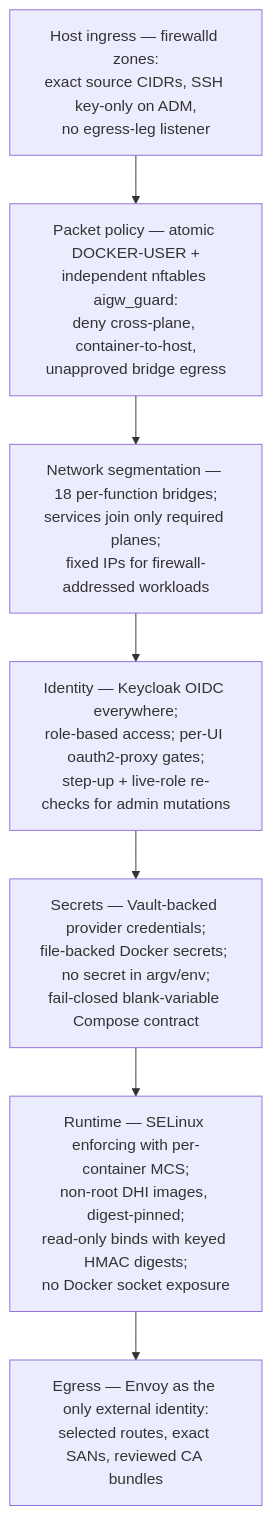
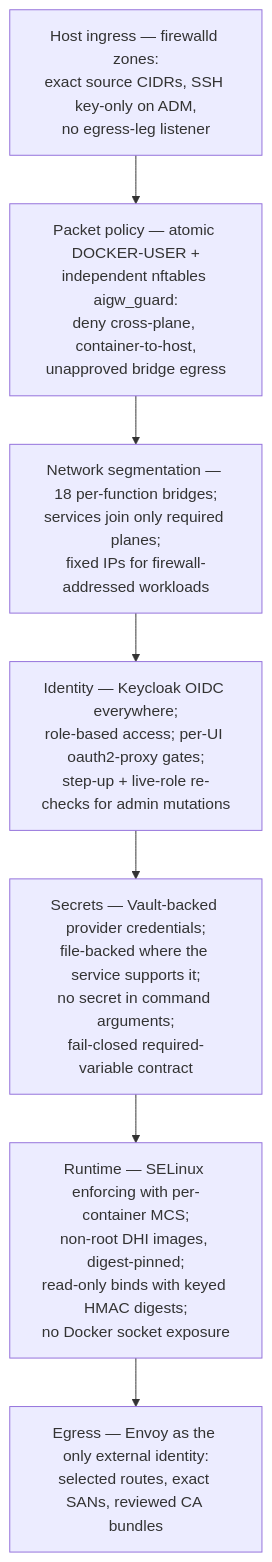
One commit to derhornspieler/ai-gateway changed the eighth of 14 diagrams in docs/architecture-diagrams.md. Above: the diagram before and after it, drawn with Mermaid. The commit also changed other lines of this file and 33 other files, not shown here.

````diff
--- a/docs/architecture-diagrams.md
+++ b/docs/architecture-diagrams.md
@@ -241,11 +266,11 @@
 ```mermaid
 flowchart TB
   L1[Host ingress — firewalld zones:<br/>exact source CIDRs, SSH key-only on ADM,<br/>no egress-leg listener]
   L2[Packet policy — atomic DOCKER-USER +<br/>independent nftables aigw_guard:<br/>deny cross-plane, container-to-host,<br/>unapproved bridge egress]
   L3[Network segmentation — 18 per-function bridges;<br/>services join only required planes;<br/>fixed IPs for firewall-addressed workloads]
   L4[Identity — Keycloak OIDC everywhere;<br/>role-based access; per-UI oauth2-proxy gates;<br/>step-up + live-role re-checks for admin mutations]
-  L5["Secrets — Vault-backed provider credentials;<br/>file-backed Docker secrets; no secret in argv/env;<br/>fail-closed blank-variable Compose contract"]
+  L5["Secrets — Vault-backed provider credentials;<br/>file-backed where the service supports it;<br/>no secret in command arguments;<br/>fail-closed required-variable contract"]
   L6[Runtime — SELinux enforcing with per-container MCS;<br/>non-root DHI images, digest-pinned;<br/>read-only binds with keyed HMAC digests;<br/>no Docker socket exposure]
   L7[Egress — Envoy as the only external identity:<br/>selected routes, exact SANs, reviewed CA bundles]
   L1 --> L2 --> L3 --> L4 --> L5 --> L6 --> L7
 ```
````
